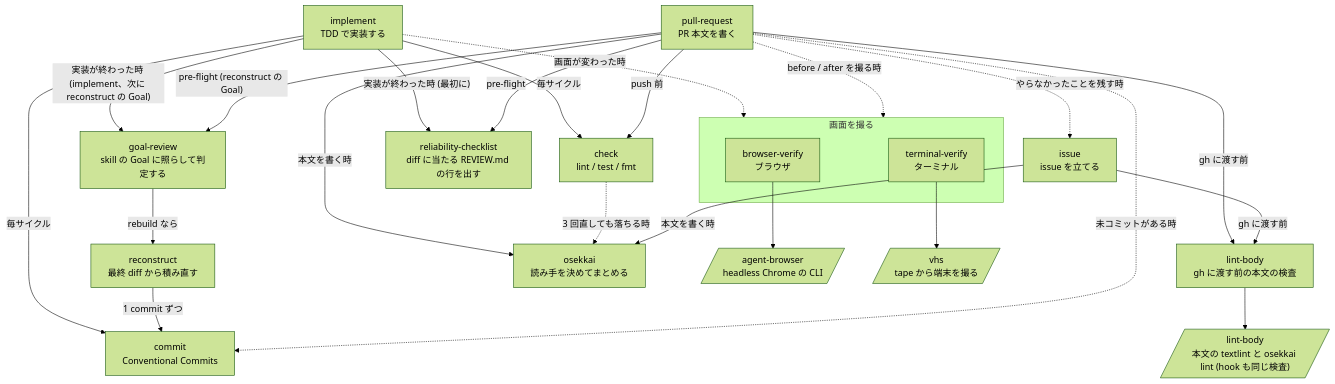
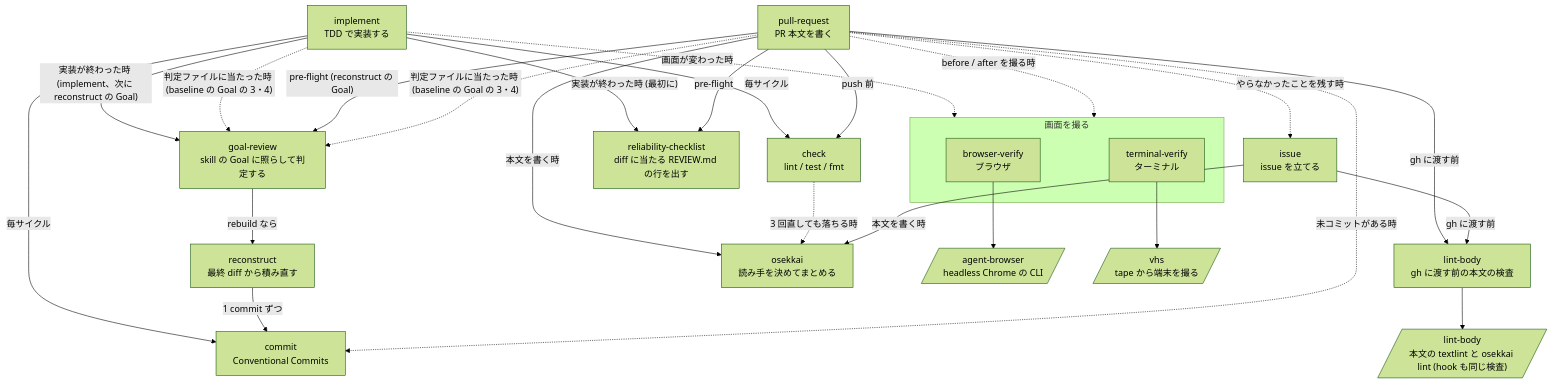
The first of 4 diagrams in configs/agents/README.md (Xantibody/dotfiles), drawn with Mermaid (forest theme) before and after one commit. The commit also changed other lines of this file and 6 other files, not shown here.

````diff
--- a/configs/agents/README.md
+++ b/configs/agents/README.md
@@ -15,42 +15,44 @@
 ```mermaid
 flowchart TD
   implement["implement<br/>TDD で実装する"]
   check["check<br/>lint / test / fmt"]
   commit["commit<br/>Conventional Commits"]
   gr["goal-review<br/>skill の Goal に照らして判定する"]
   rc["reliability-checklist<br/>diff に当たる REVIEW.md の行を出す"]
   reconstruct["reconstruct<br/>最終 diff から積み直す"]
   pr["pull-request<br/>PR 本文を書く"]
   issue["issue<br/>issue を立てる"]
   lbskill["lint-body<br/>gh に渡す前の本文の検査"]
   osekkai["osekkai<br/>読み手を決めてまとめる"]
   subgraph shot ["画面を撮る"]
     bv["browser-verify<br/>ブラウザ"]
     tv["terminal-verify<br/>ターミナル"]
   end
   ab[/"agent-browser<br/>headless Chrome の CLI"/]
   vhs[/"vhs<br/>tape から端末を撮る"/]
   lint[/"lint-body<br/>本文の textlint と osekkai lint (hook も同じ検査)"/]
 
   implement -->|"毎サイクル"| check
   implement -->|"毎サイクル"| commit
   implement -->|"実装が終わった時 (最初に)"| rc
   implement -->|"実装が終わった時 (implement、次に reconstruct の Goal)"| gr
+  implement -.->|"判定ファイルに当たった時 (baseline の Goal の 3・4)"| gr
   implement -.->|"画面が変わった時"| shot
   gr -->|"rebuild なら"| reconstruct
   reconstruct -->|"1 commit ずつ"| commit
   pr -->|"pre-flight (reconstruct の Goal)"| gr
+  pr -.->|"判定ファイルに当たった時 (baseline の Goal の 3・4)"| gr
   pr -->|"pre-flight"| rc
   pr -->|"push 前"| check
   pr -->|"本文を書く時"| osekkai
   pr -->|"gh に渡す前"| lbskill
   pr -.->|"未コミットがある時"| commit
   pr -.->|"before / after を撮る時"| shot
   pr -.->|"やらなかったことを残す時"| issue
   check -.->|"3 回直しても落ちる時"| osekkai
   issue -->|"本文を書く時"| osekkai
   issue -->|"gh に渡す前"| lbskill
   lbskill --> lint
   bv --> ab
   tv --> vhs
 ```
````
